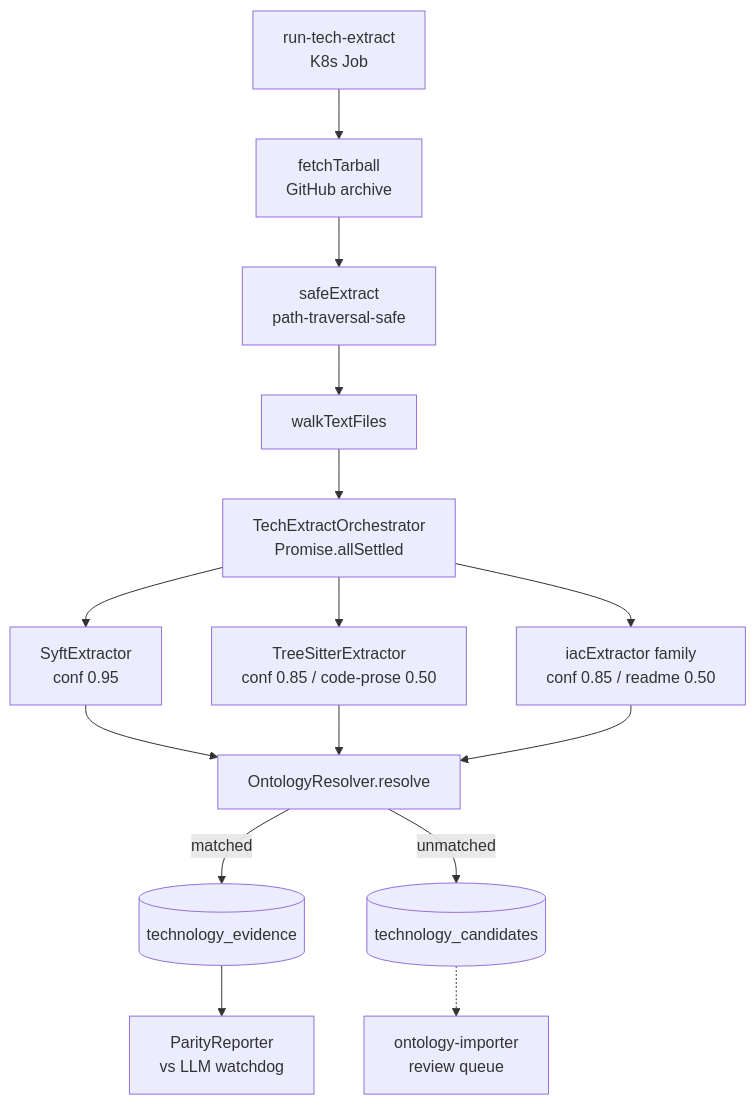
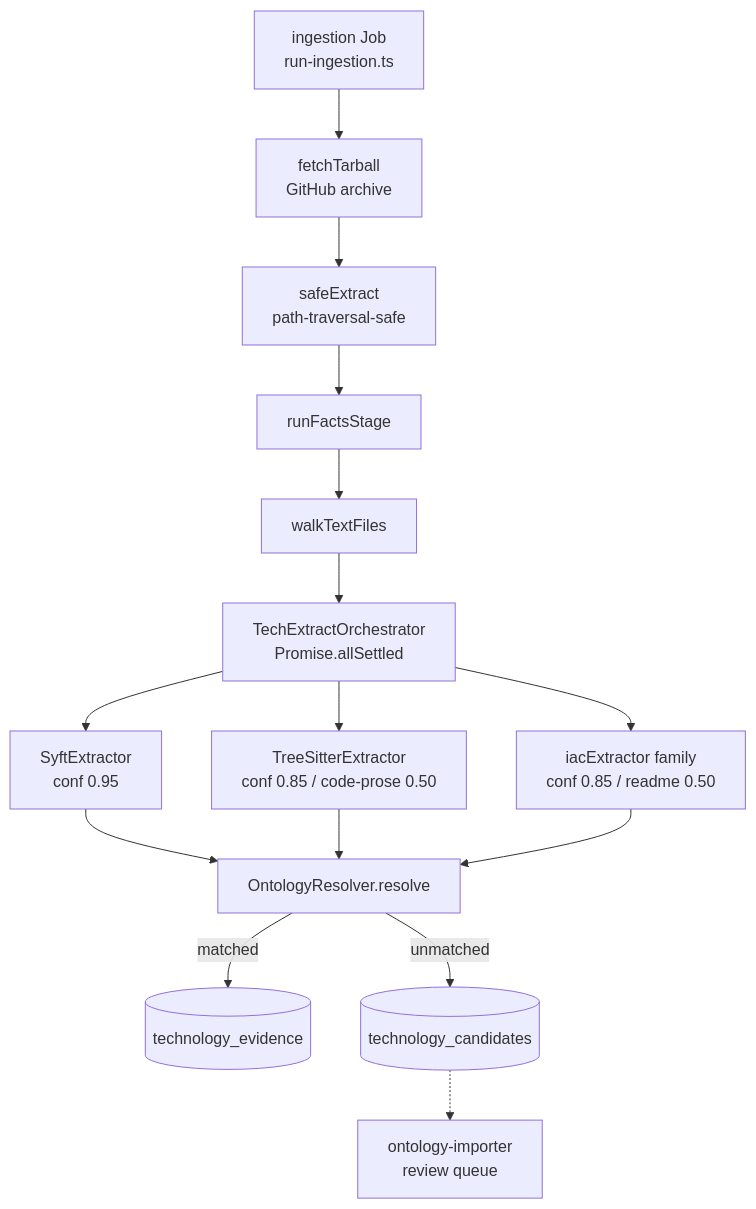
The diagram in docs/concepts/tech-extractor-architecture.md (Nelson-Lamounier/ai-applications), drawn with Mermaid before and after one commit. The commit also changed other lines of this file and 10 other files, not shown here.

````diff
--- a/docs/concepts/tech-extractor-architecture.md
+++ b/docs/concepts/tech-extractor-architecture.md
@@ -34,17 +45,17 @@
 ```mermaid
 flowchart TD
-    Trigger[run-tech-extract<br/>K8s Job] --> Fetch[fetchTarball<br/>GitHub archive]
+    Trigger[ingestion Job<br/>run-ingestion.ts] --> Fetch[fetchTarball<br/>GitHub archive]
     Fetch --> SafeExtract[safeExtract<br/>path-traversal-safe]
-    SafeExtract --> Walk[walkTextFiles]
+    SafeExtract --> Stage[runFactsStage]
+    Stage --> Walk[walkTextFiles]
     Walk --> Orch[TechExtractOrchestrator<br/>Promise.allSettled]
     Orch --> SY[SyftExtractor<br/>conf 0.95]
     Orch --> TS[TreeSitterExtractor<br/>conf 0.85 / code-prose 0.50]
     Orch --> IAC[iacExtractor family<br/>conf 0.85 / readme 0.50]
     SY --> Resolve[OntologyResolver.resolve]
     TS --> Resolve
     IAC --> Resolve
     Resolve -->|matched| EvRepo[(technology_evidence)]
     Resolve -->|unmatched| CandRepo[(technology_candidates)]
     CandRepo -.-> Ontology[ontology-importer<br/>review queue]
-    EvRepo --> Parity[ParityReporter<br/>vs LLM watchdog]
 ```
````
